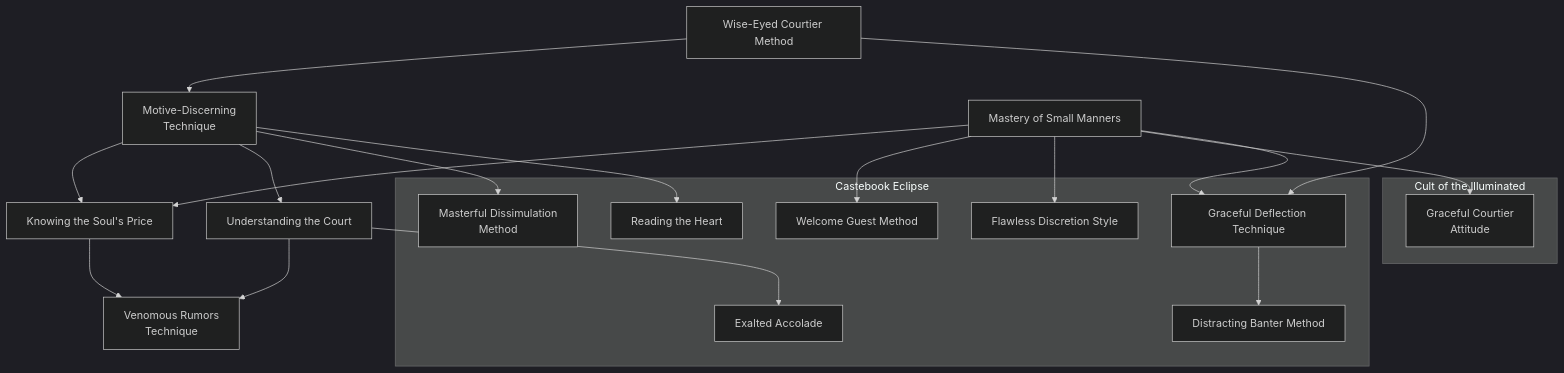
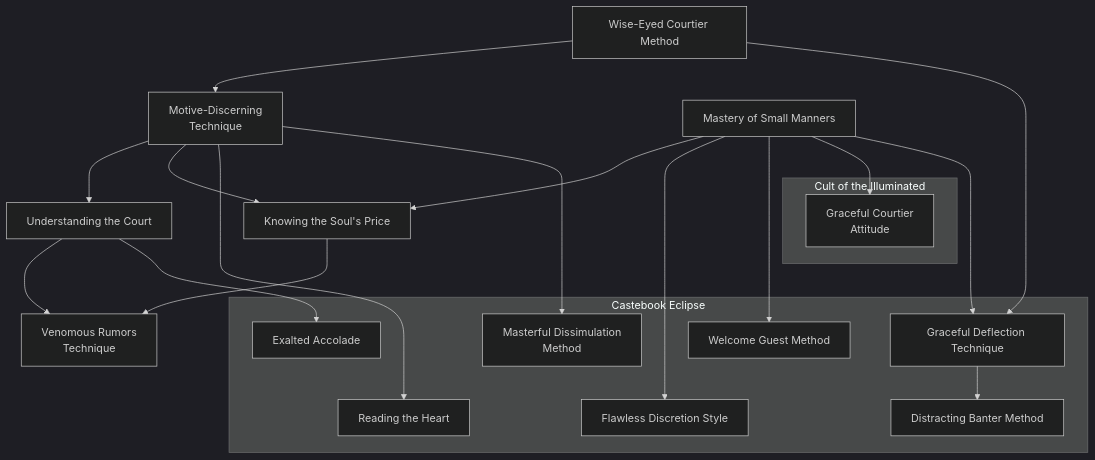
One commit to jrobichaud/exalted-charms-1e changed the diagram in docs/mermaid/solar/eclipse_socialize.mmd. Above: the diagram before and after it, drawn with Mermaid. The commit also changed 56 other files, not shown here.

Commit message:
Reorder graphs for readability

```diff
--- a/docs/mermaid/solar/eclipse_socialize.mmd
+++ b/docs/mermaid/solar/eclipse_socialize.mmd
@@ -77,37 +77,6 @@
         active interaction spoils the effect of this Charm.
         "
 
-    knowing_the_souls_price[Knowing the Soul's Price]
-    mastery_of_small_manners --> knowing_the_souls_price
-    motive_discerning_technique --> knowing_the_souls_price
-    click knowing_the_souls_price callback "
-        Knowing the Soul's Price<br>
-        <br>
-        Cost: 10 motes, 1 Willpower<br>
-        Duration: Instant<br>
-        Type: Simple<br>
-        Minimum Socialize: 5<br>
-        Minimum Essence: 2<br>
-        Prerequisite Charms: Mastery of Small Manners, Motive-Discerning Technique<br>
-        <br>
-        Everyone has a price, though it may not be in gold. It
-        could be aid in a personal endeavor, flattery, sex with an
-        unachievable object of desire, the recovery of a lost possession
-        or any number of things — but there is invariably
-        something that, when offered, will crack the strongest
-        morals and ethics. To have it, an individual will betray
-        trusts, engage in corruption, plant evidence - almost
-        anything. This Charm allows the character to know what
-        that thing is for a given individual. It is up to the Storyteller
-        to define precisely what a given person's weakness is — the
-        things some people require may be difficult or impossible
-        to obtain, while other characters may simply need to be
-        offered a large sum of money. Generally, the higher a
-        character's Temperance score, the more likely her price
-        will be something other than money and the more likely it
-        will be difficult to arrange.
-        "
-
     understanding_the_court[Understanding the Court]
     motive_discerning_technique --> understanding_the_court
     click understanding_the_court callback "
@@ -143,6 +112,37 @@
         will cause the pattern of interactions to change over time.
         Characters relying on years-old understanding are liable to
         make errors in judgment.
+        "
+
+    knowing_the_souls_price[Knowing the Soul's Price]
+    motive_discerning_technique --> knowing_the_souls_price
+    mastery_of_small_manners --> knowing_the_souls_price
+    click knowing_the_souls_price callback "
+        Knowing the Soul's Price<br>
+        <br>
+        Cost: 10 motes, 1 Willpower<br>
+        Duration: Instant<br>
+        Type: Simple<br>
+        Minimum Socialize: 5<br>
+        Minimum Essence: 2<br>
+        Prerequisite Charms: Mastery of Small Manners, Motive-Discerning Technique<br>
+        <br>
+        Everyone has a price, though it may not be in gold. It
+        could be aid in a personal endeavor, flattery, sex with an
+        unachievable object of desire, the recovery of a lost possession
+        or any number of things — but there is invariably
+        something that, when offered, will crack the strongest
+        morals and ethics. To have it, an individual will betray
+        trusts, engage in corruption, plant evidence - almost
+        anything. This Charm allows the character to know what
+        that thing is for a given individual. It is up to the Storyteller
+        to define precisely what a given person's weakness is — the
+        things some people require may be difficult or impossible
+        to obtain, while other characters may simply need to be
+        offered a large sum of money. Generally, the higher a
+        character's Temperance score, the more likely her price
+        will be something other than money and the more likely it
+        will be difficult to arrange.
         "
 
     venomous_rumors_technique[Venomous Rumors<br>Technique]
@@ -368,12 +368,12 @@
             "
     end
 
+    mastery_of_small_manners ----> flawless_discretion_style
     mastery_of_small_manners --> welcome_guest_method
-    mastery_of_small_manners --> flawless_discretion_style
     mastery_of_small_manners --> graceful_courtier_attitude
     wise_eyed_courtier_method --> graceful_deflection_technique
     mastery_of_small_manners --> graceful_deflection_technique
     graceful_deflection_technique --> distracting_banter_method
+    motive_discerning_technique ----> reading_the_heart
     motive_discerning_technique --> masterful_dissimulation_method
-    motive_discerning_technique --> reading_the_heart
     understanding_the_court --> exalted_accolade
```
